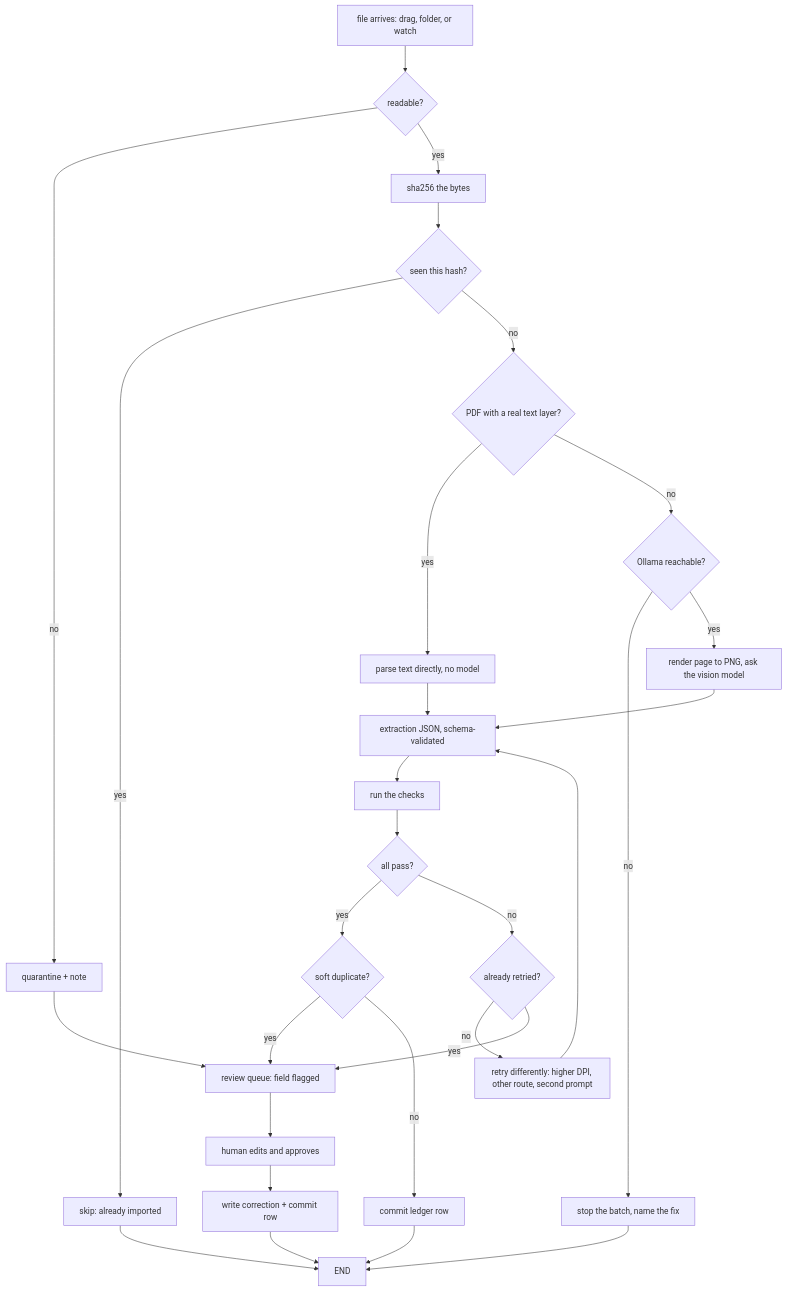
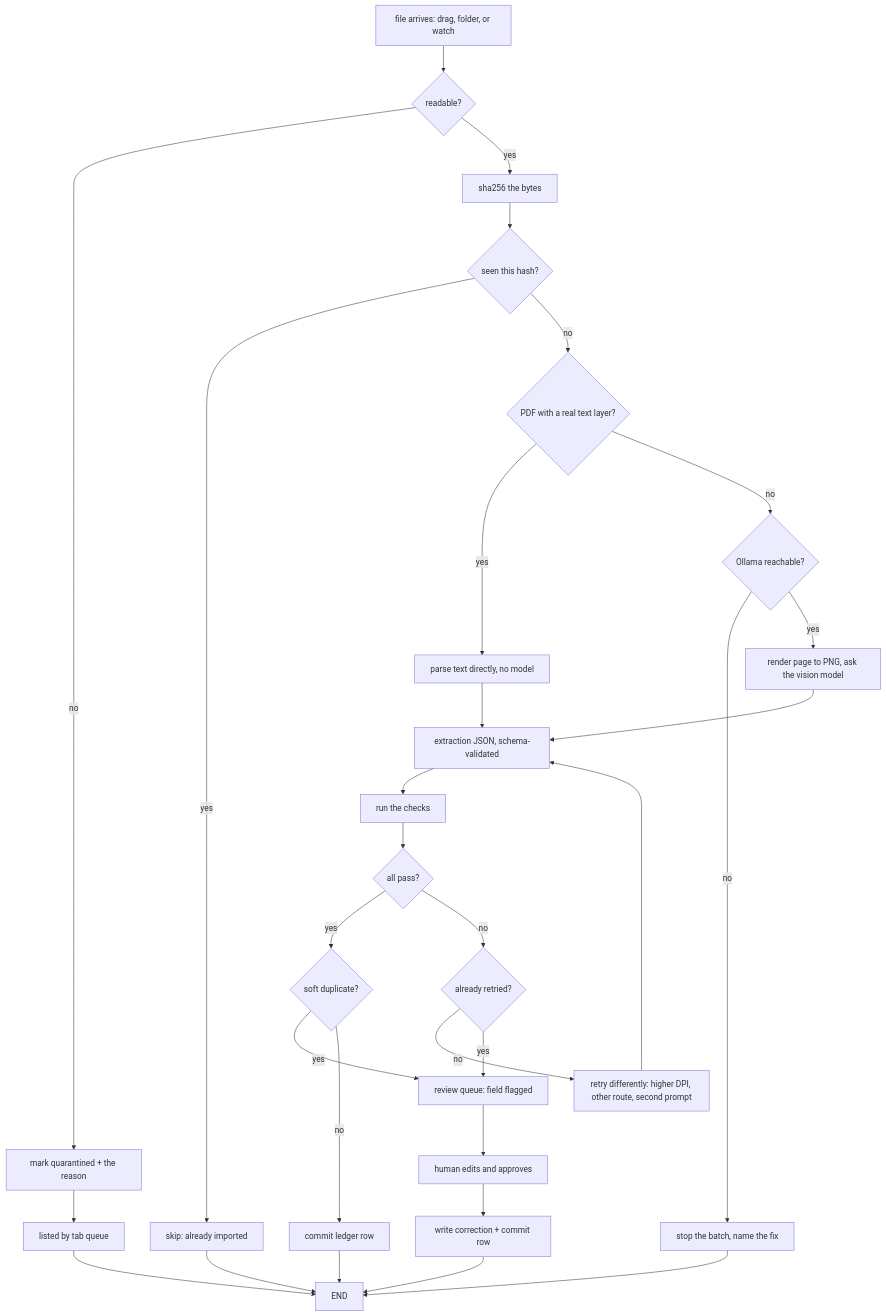
The diagram in docs/APP_FLOW.md (Zeref538/tab), drawn with Mermaid before and after one commit. The commit also changed other lines of this file and 8 other files, not shown here.

````diff
--- a/docs/APP_FLOW.md
+++ b/docs/APP_FLOW.md
@@ -11,25 +11,25 @@
 ```mermaid
 flowchart TD
     A[file arrives: drag, folder, or watch] --> B{readable?}
-    B -- no --> Q1[quarantine + note] --> REV
+    B -- no --> Q1[mark quarantined + the reason] --> LIST[listed by tab queue] --> END
     B -- yes --> C[sha256 the bytes]
     C --> D{seen this hash?}
     D -- yes --> SKIP[skip: already imported] --> END
     D -- no --> E{PDF with a real text layer?}
     E -- yes --> F[parse text directly, no model]
     E -- no --> G{Ollama reachable?}
     G -- no --> STOP[stop the batch, name the fix] --> END
     G -- yes --> H[render page to PNG, ask the vision model]
     F --> I[extraction JSON, schema-validated]
     H --> I
     I --> J[run the checks]
     J --> K{all pass?}
     K -- yes --> L{soft duplicate?}
     L -- yes --> REV
     L -- no --> M[commit ledger row] --> END
     K -- no --> N{already retried?}
     N -- no --> O[retry differently: higher DPI, other route, second prompt] --> I
     N -- yes --> REV[review queue: field flagged]
     REV --> P[human edits and approves]
     P --> R[write correction + commit row] --> END
 ```
````
